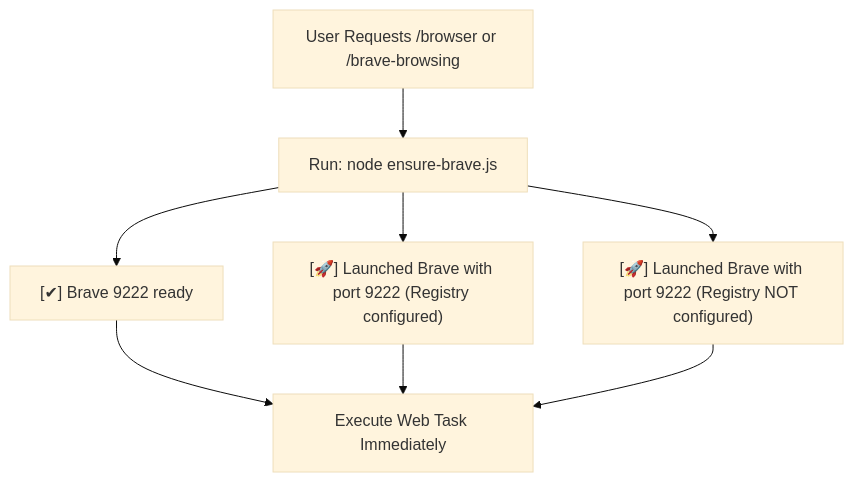
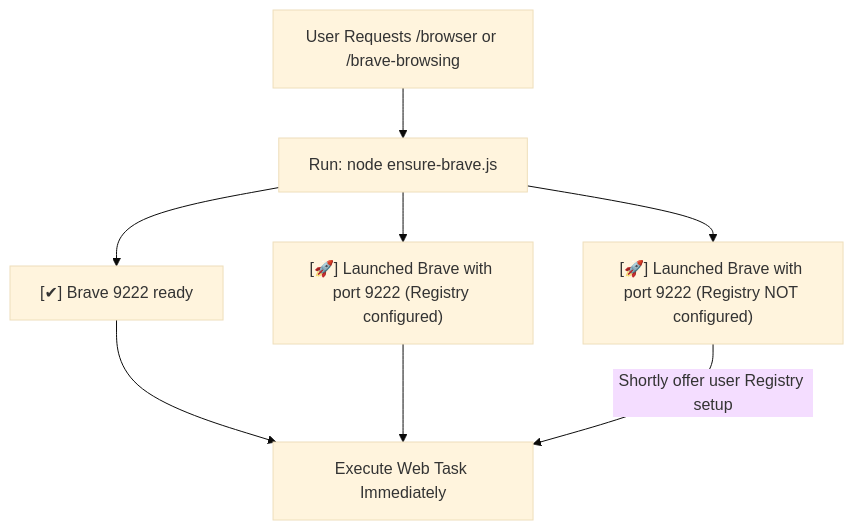
One commit to loerei/myskills changed the diagram in productivity/brave-browsing/SKILL.md. Above: the diagram before and after it, drawn with Mermaid (base theme). The commit also changed other lines of this file, not shown here.

Commit message:
docs(brave-browsing): update Mermaid edge and text for State3 shortly offer Registry setup

````diff
--- a/productivity/brave-browsing/SKILL.md
+++ b/productivity/brave-browsing/SKILL.md
@@ -47,12 +47,12 @@
 ```mermaid
 flowchart TD
     Start["User Requests /browser or /brave-browsing"] --> RunEnsure["Run: node ensure-brave.js"]
     
     RunEnsure --> State1["[✔] Brave 9222 ready"]
     RunEnsure --> State2["[🚀] Launched Brave with port 9222 (Registry configured)"]
     RunEnsure --> State3["[🚀] Launched Brave with port 9222 (Registry NOT configured)"]
     
     State1 --> DirectWork["Execute Web Task Immediately"]
     State2 --> DirectWork
-    State3 --> DirectWork
+    State3 -->|"Shortly offer user Registry setup"| DirectWork
 ```
````
